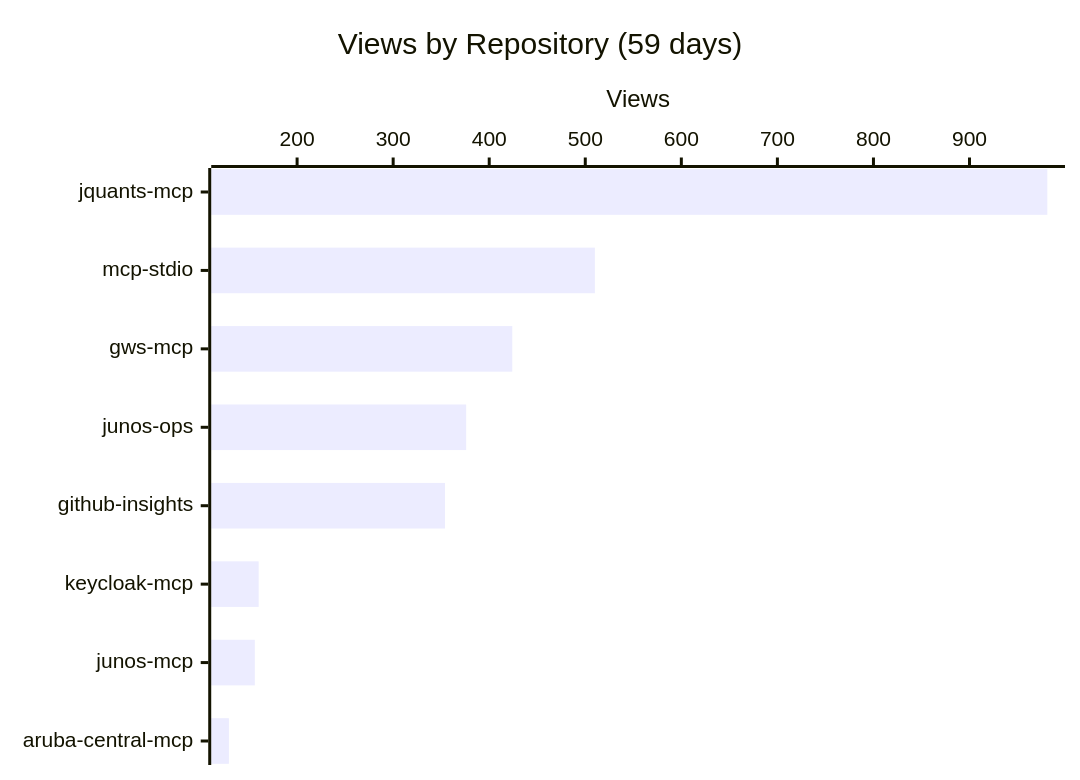
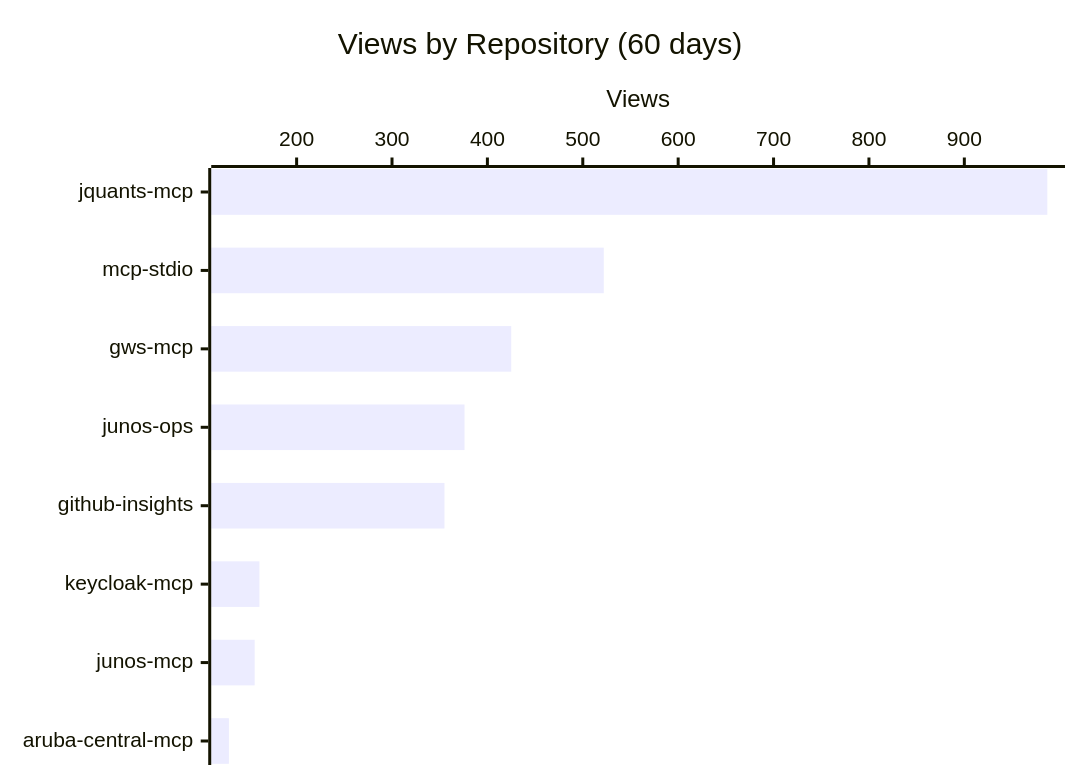
The first of 3 diagrams in README.md (shigechika/github-insights), drawn with Mermaid before and after one commit. The commit also changed other lines of this file and 2 other files, not shown here.

````diff
--- a/README.md
+++ b/README.md
@@ -18,7 +18,7 @@
 ```mermaid
 xychart-beta horizontal
-    title "Views by Repository (59 days)"
+    title "Views by Repository (60 days)"
     x-axis ["jquants-mcp", "mcp-stdio", "gws-mcp", "junos-ops", "github-insights", "keycloak-mcp", "junos-mcp", "aruba-central-mcp"]
     y-axis "Views"
-    bar [981, 510, 424, 376, 354, 160, 156, 129]
+    bar [987, 522, 425, 376, 355, 161, 156, 129]
 ```
````
